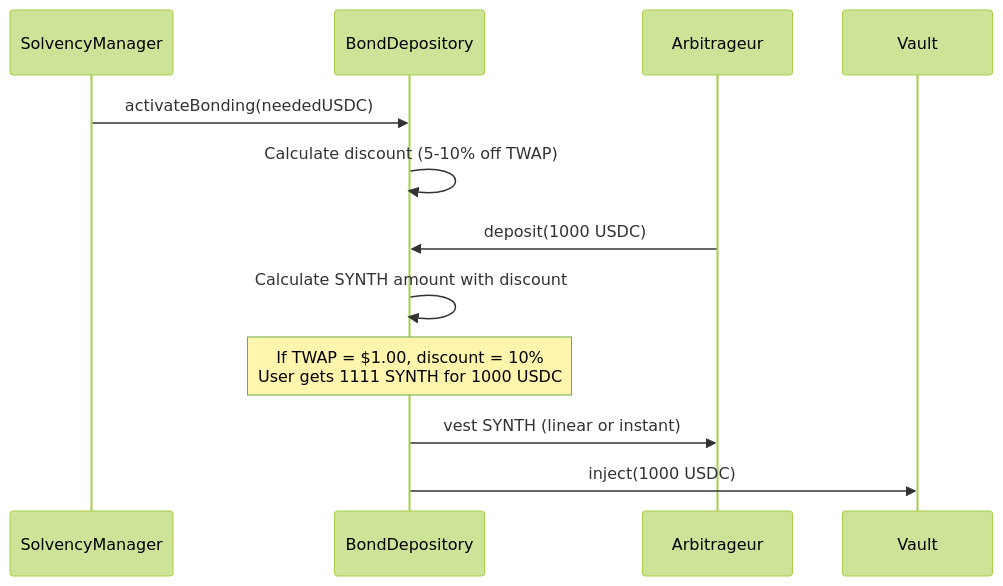
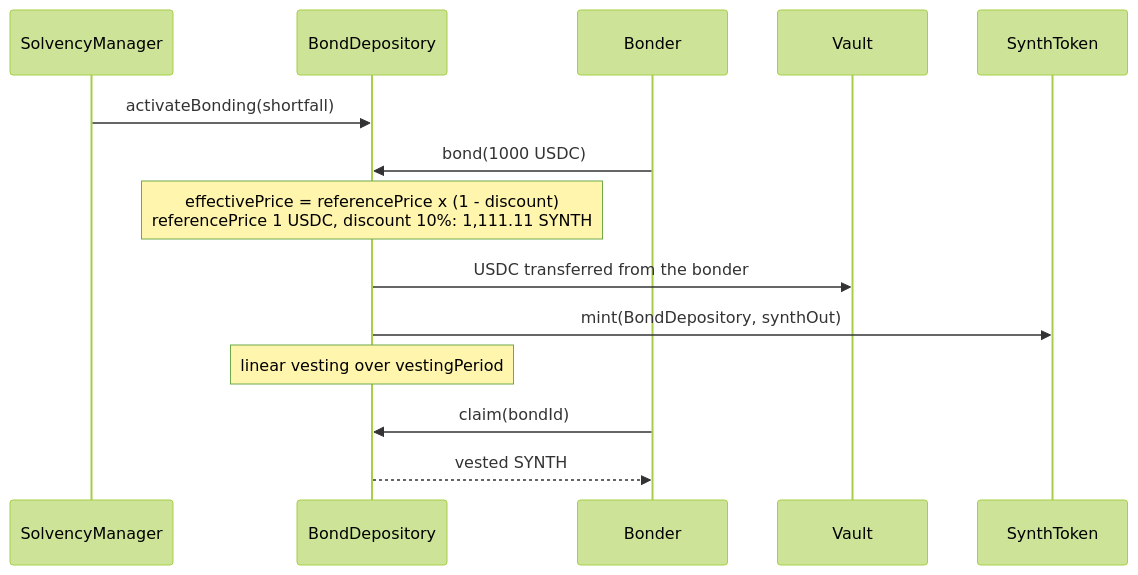
The third of 4 diagrams in docs/07-vault-ssl.md (GushALKDev/evm-synthetic-trading-protocol), drawn with Mermaid (forest theme) before and after one commit. The commit also changed other lines of this file, not shown here.

First line of the commit message:
Align the vault and solvency guide with the contracts

````diff
--- a/docs/07-vault-ssl.md
+++ b/docs/07-vault-ssl.md
@@ -250,16 +203,17 @@
 ```mermaid
 sequenceDiagram
     participant SM as SolvencyManager
     participant BD as BondDepository
-    participant User as Arbitrageur
+    participant User as Bonder
     participant Vault
+    participant Synth as SynthToken
 
-    SM->>BD: activateBonding(neededUSDC)
-    BD->>BD: Calculate discount (5-10% off TWAP)
-    
-    User->>BD: deposit(1000 USDC)
-    BD->>BD: Calculate SYNTH amount with discount
-    Note over BD: If TWAP = $1.00, discount = 10%<br/>User gets 1111 SYNTH for 1000 USDC
-    BD->>User: vest SYNTH (linear or instant)
-    BD->>Vault: inject(1000 USDC)
+    SM->>BD: activateBonding(shortfall)
+    User->>BD: bond(1000 USDC)
+    Note over BD: effectivePrice = referencePrice x (1 - discount)<br/>referencePrice 1 USDC, discount 10%: 1,111.11 SYNTH
+    BD->>Vault: USDC transferred from the bonder
+    BD->>Synth: mint(BondDepository, synthOut)
+    Note over BD: linear vesting over vestingPeriod
+    User->>BD: claim(bondId)
+    BD-->>User: vested SYNTH
 ```
````
